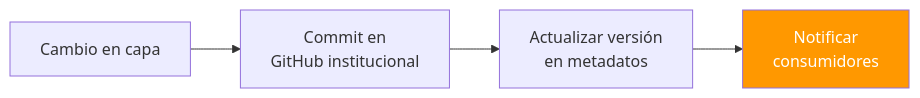
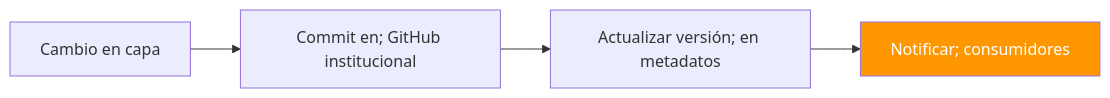
Before and after one commit to felix-antonio-sl/kora: the sixth of 7 diagrams in drafts/gn/bpmn/bpmn-d10-geoespacial-ide.md, drawn with Mermaid. The commit also changed other lines of this file and 265 other files, not shown here.

````diff
--- a/drafts/gn/bpmn/bpmn-d10-geoespacial-ide.md
+++ b/drafts/gn/bpmn/bpmn-d10-geoespacial-ide.md
@@ -220,7 +257,8 @@
 ```mermaid
 flowchart LR
-    A["Cambio en capa"] --> B["Commit en<br/>GitHub institucional"]
-    B --> C["Actualizar versión<br/>en metadatos"]
-    C --> D["Notificar<br/>consumidores"]
-    style D fill:#FF9800,color:#fff
+ A["Cambio en capa"] --> B["Commit en; GitHub institucional"]
+ B --> C["Actualizar versión; en metadatos"]
+ C --> D["Notificar; consumidores"]
+
+ style D fill:#FF9800,color:#fff
 ```
````
